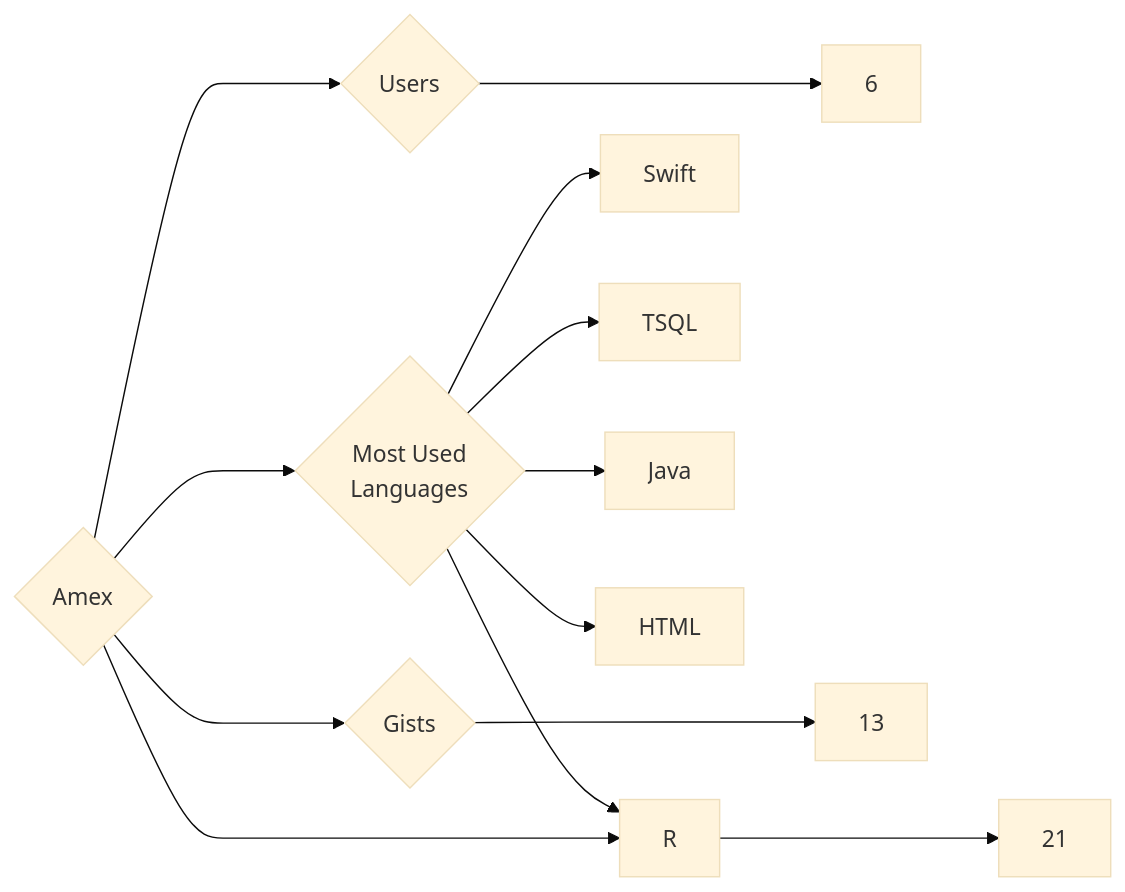
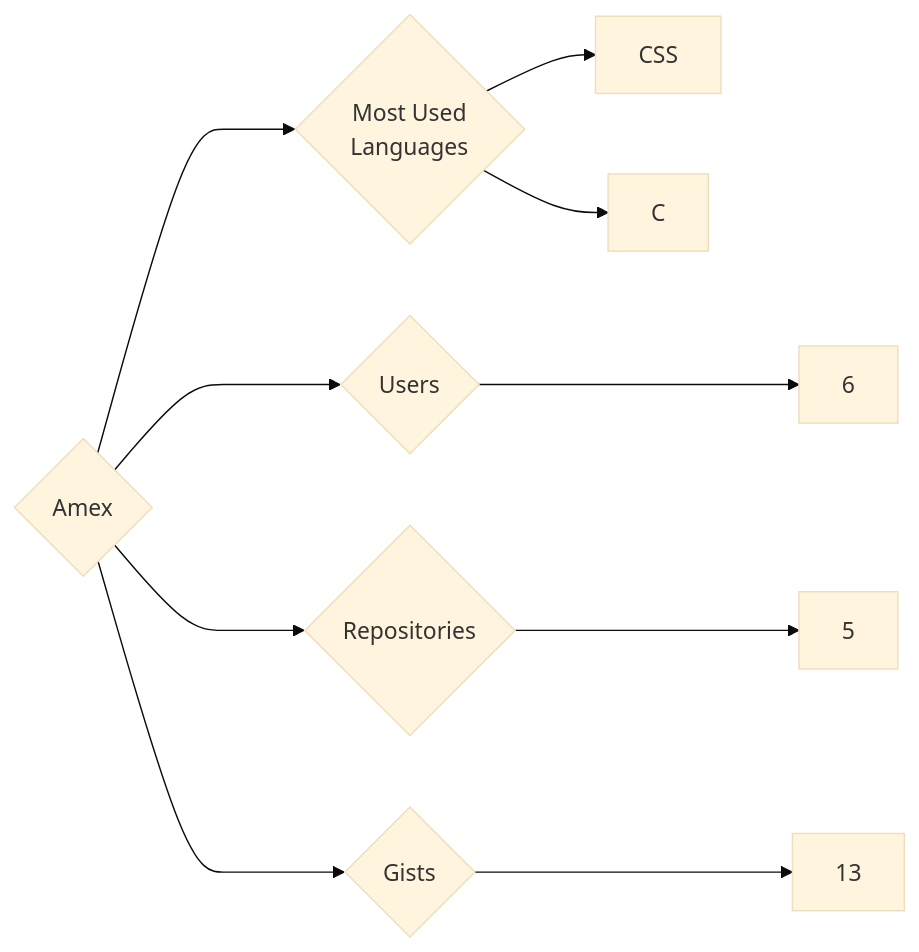
The diagram in targets/Amex/README.md (trickest/insiders), drawn with Mermaid (base theme) before and after one commit. The commit also changed 1167 other files, not shown here.

````diff
--- a/targets/Amex/README.md
+++ b/targets/Amex/README.md
@@ -3,13 +3,10 @@
 ```mermaid
 graph LR
 COMPANY_NAME{Amex}
 COMPANY_NAME ---> U{Users} ---> UN[6]
-COMPANY_NAME ---> R{Repositories} ---> RN[21]
+COMPANY_NAME ---> R{Repositories} ---> RN[5]
 COMPANY_NAME ---> G{Gists} ---> GN[13]
 COMPANY_NAME ---> ML{Most Used<br>Languages}
-ML --> Swift[Swift]
-ML --> TSQL[TSQL]
-ML --> R[R]
-ML --> Java[Java]
-ML --> HTML[HTML]
+ML --> CSS[CSS]
+ML --> C[C]
 ```
````
